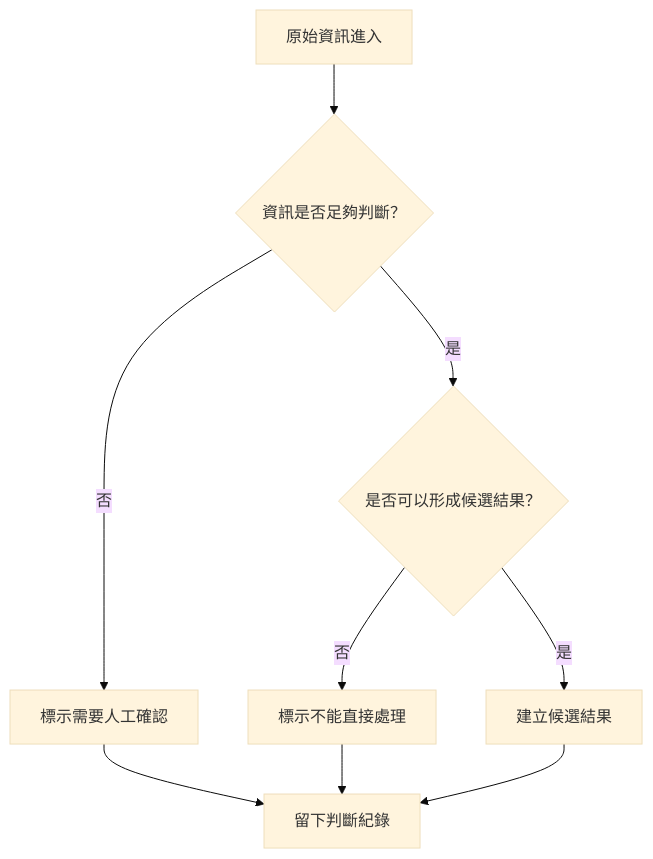
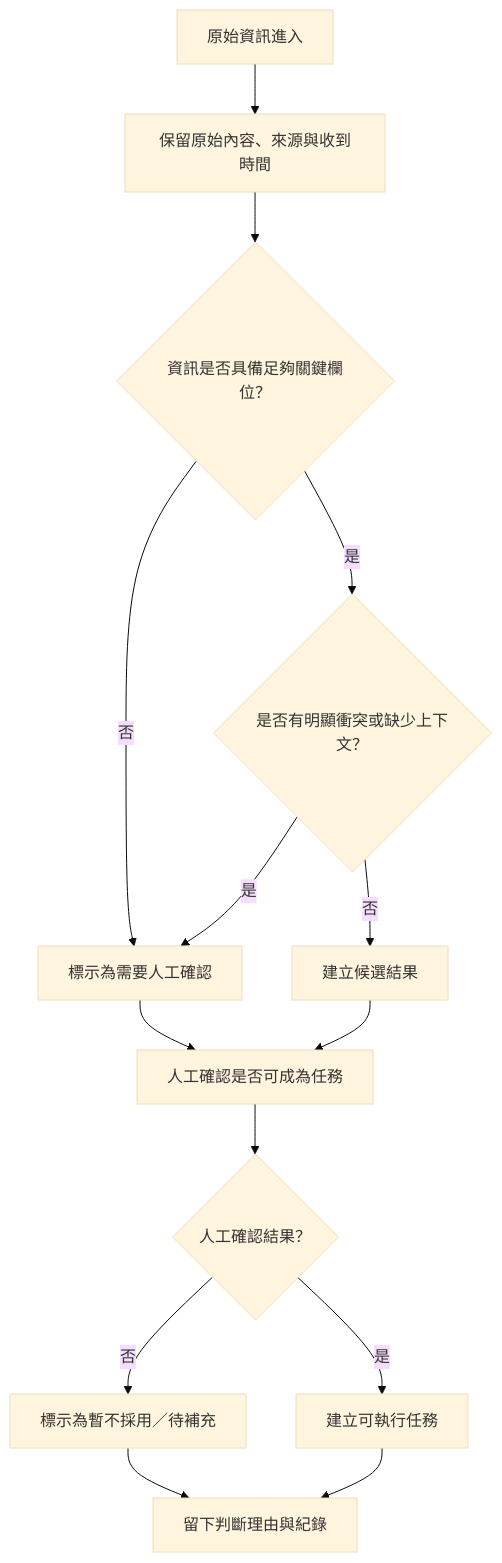
Before and after one commit to SITCON-Camp-2026/t7-m1-se-disaster: the diagram in release-packs/02-flow-design-kit/docs/flow.md, drawn with Mermaid (base theme). The commit also changed other lines of this file and 4 other files, not shown here.

Commit message:
增加流程圖

````diff
--- a/release-packs/02-flow-design-kit/docs/flow.md
+++ b/release-packs/02-flow-design-kit/docs/flow.md
@@ -39,11 +22,16 @@
 ```mermaid
 flowchart TD
-  A[原始資訊進入] --> B{資訊是否足夠判斷？}
-  B -->|否| C[標示需要人工確認]
-  B -->|是| D{是否可以形成候選結果？}
-  D -->|否| E[標示不能直接處理]
-  D -->|是| F[建立候選結果]
-  C --> G[留下判斷紀錄]
-  E --> G
+  A[原始資訊進入] --> B[保留原始內容、來源與收到時間]
+  B --> C{資訊是否具備足夠關鍵欄位？}
+  C -->|否| D[標示為需要人工確認]
+  C -->|是| E{是否有明顯衝突或缺少上下文？}
+  E -->|是| D
+  E -->|否| F[建立候選結果]
+  D --> G[人工確認是否可成為任務]
   F --> G
+  G --> H{人工確認結果？}
+  H -->|否| I[標示為暫不採用／待補充]
+  H -->|是| J[建立可執行任務]
+  I --> K[留下判斷理由與紀錄]
+  J --> K
 ```
````
